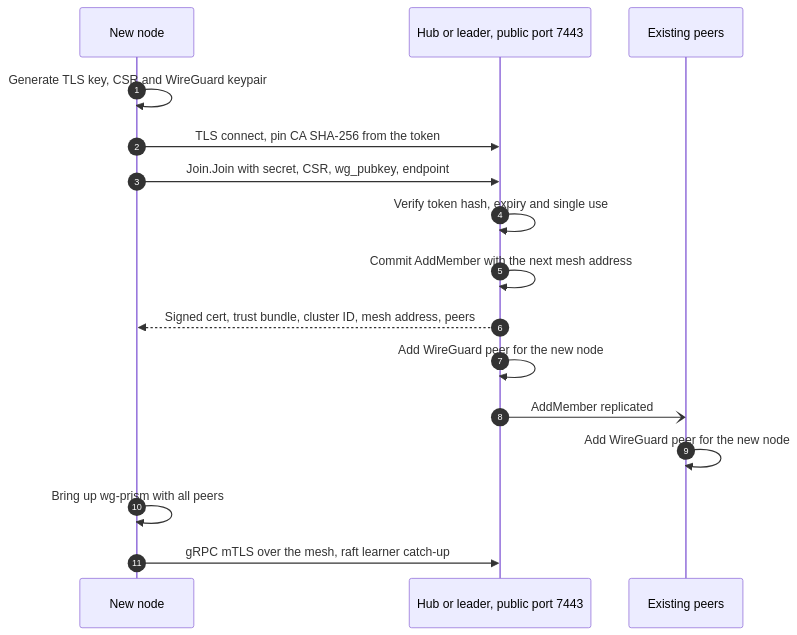
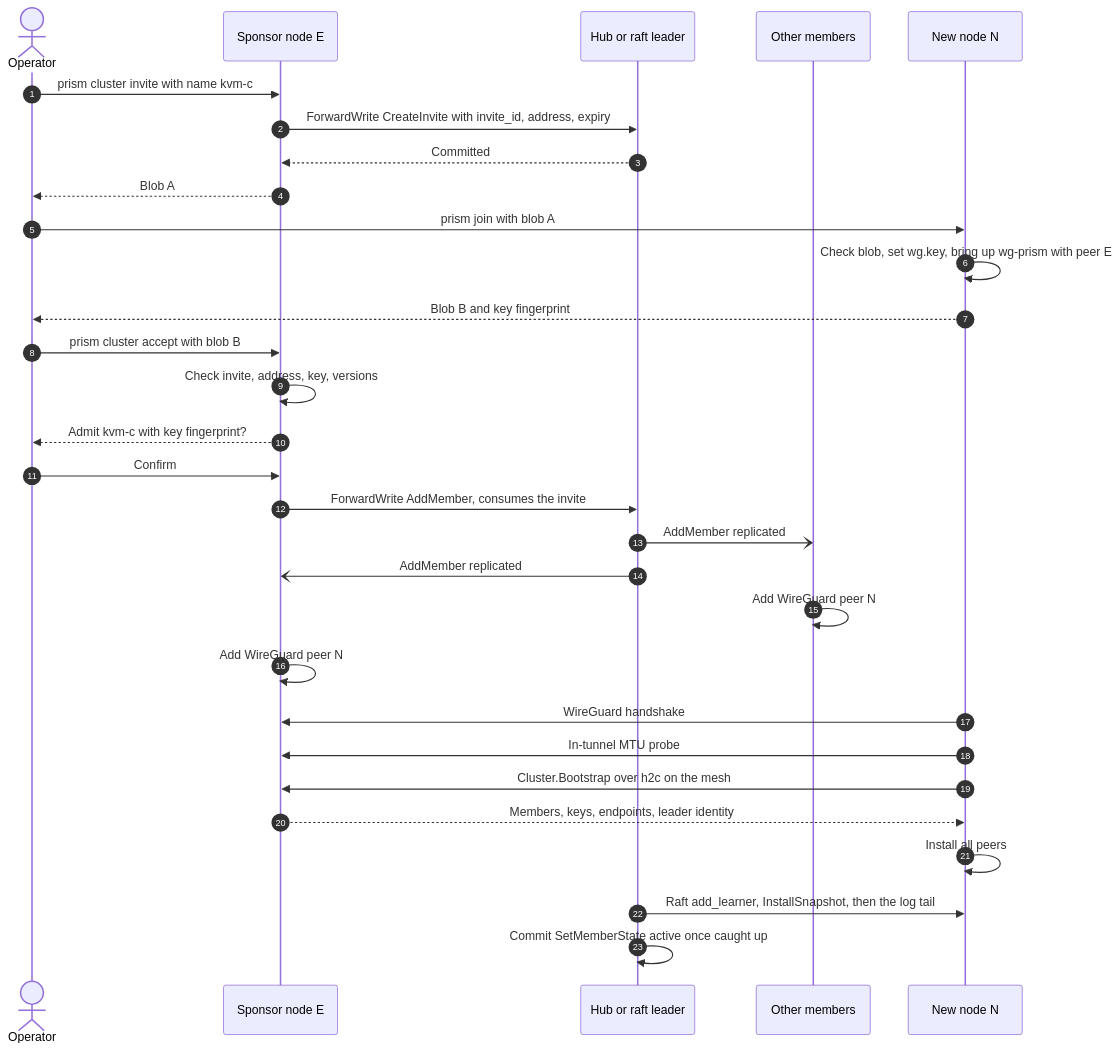
Before and after one commit to brenfwd/prism: the fifth of 10 diagrams in docs/DESIGN.md, drawn with Mermaid. The commit also changed other lines of this file, not shown here.

First line of the commit message:
Design doc: threat model; WireGuard as the single trust boundary

````diff
--- a/docs/DESIGN.md
+++ b/docs/DESIGN.md
@@ -379,18 +659,32 @@
 ```mermaid
 sequenceDiagram
     autonumber
-    participant N as New node
-    participant H as Hub or leader, public port 7443
-    participant P as Existing peers
-    N->>N: Generate TLS key, CSR and WireGuard keypair
-    N->>H: TLS connect, pin CA SHA-256 from the token
-    N->>H: Join.Join with secret, CSR, wg_pubkey, endpoint
-    H->>H: Verify token hash, expiry and single use
-    H->>H: Commit AddMember with the next mesh address
-    H-->>N: Signed cert, trust bundle, cluster ID, mesh address, peers
-    H->>H: Add WireGuard peer for the new node
-    H-)P: AddMember replicated
-    P->>P: Add WireGuard peer for the new node
-    N->>N: Bring up wg-prism with all peers
-    N->>H: gRPC mTLS over the mesh, raft learner catch-up
+    actor Op as Operator
+    participant E as Sponsor node E
+    participant L as Hub or raft leader
+    participant P as Other members
+    participant N as New node N
+    Op->>E: prism cluster invite with name kvm-c
+    E->>L: ForwardWrite CreateInvite with invite_id, address, expiry
+    L-->>E: Committed
+    E-->>Op: Blob A
+    Op->>N: prism join with blob A
+    N->>N: Check blob, set wg.key, bring up wg-prism with peer E
+    N-->>Op: Blob B and key fingerprint
+    Op->>E: prism cluster accept with blob B
+    E->>E: Check invite, address, key, versions
+    E-->>Op: Admit kvm-c with key fingerprint?
+    Op->>E: Confirm
+    E->>L: ForwardWrite AddMember, consumes the invite
+    L-)P: AddMember replicated
+    L-)E: AddMember replicated
+    P->>P: Add WireGuard peer N
+    E->>E: Add WireGuard peer N
+    N->>E: WireGuard handshake
+    N->>E: In-tunnel MTU probe
+    N->>E: Cluster.Bootstrap over h2c on the mesh
+    E-->>N: Members, keys, endpoints, leader identity
+    N->>N: Install all peers
+    L->>N: Raft add_learner, InstallSnapshot, then the log tail
+    L->>L: Commit SetMemberState active once caught up
 ```
````
